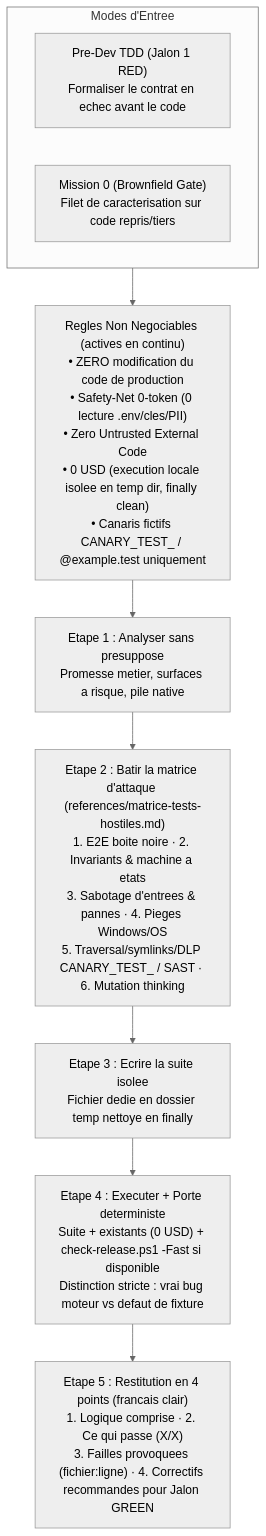
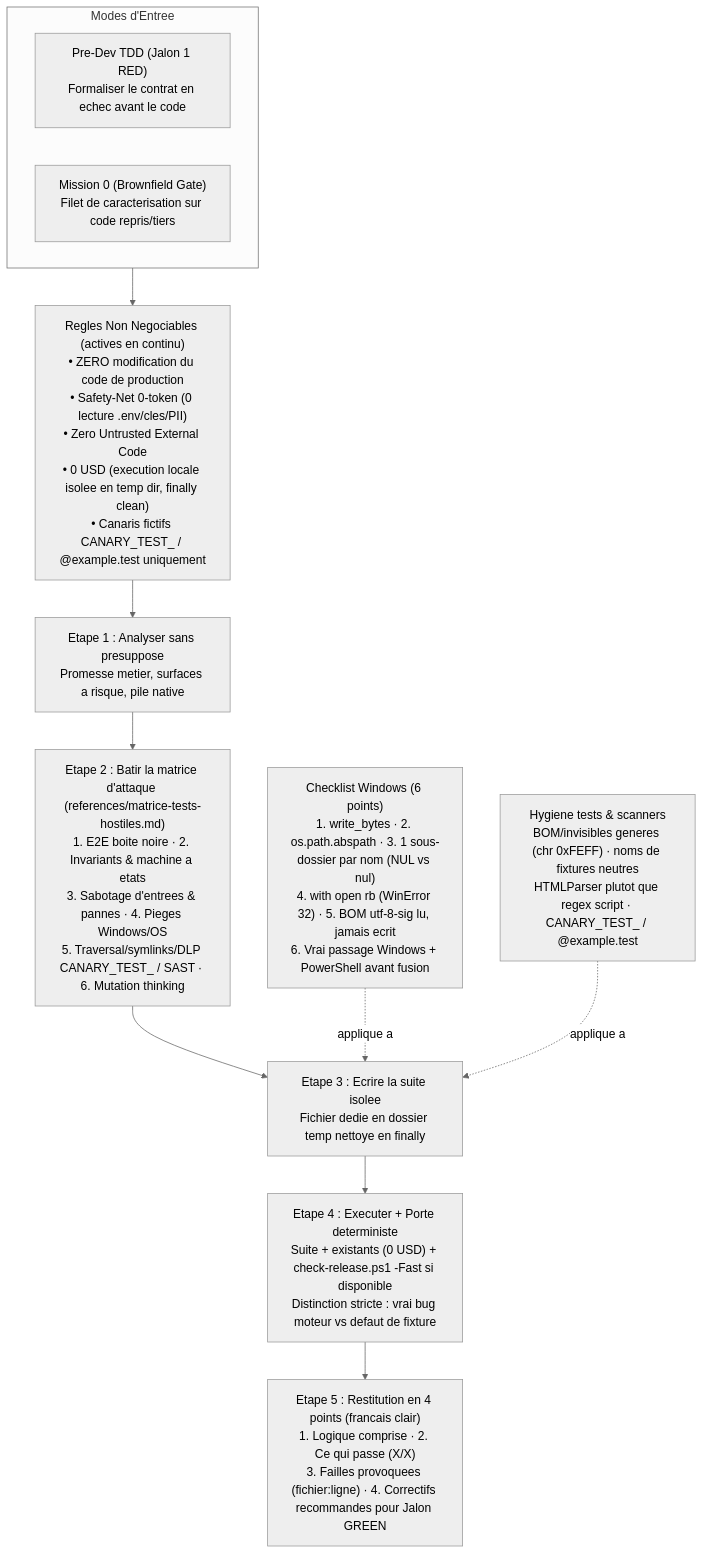
Before and after one commit to Melkyzedec/Toolbox: the diagram in skills/qa-hostile-tests/references/processus.md, drawn with Mermaid (neutral theme). The commit also changed 5 other files, not shown here.

Commit message:
docs(skills): checklist Windows 6 points, hygiene scanners, Squash noreply et seuil mutation 80% (#12)

````diff
--- a/skills/qa-hostile-tests/references/processus.md
+++ b/skills/qa-hostile-tests/references/processus.md
@@ -9,17 +9,21 @@
 ```mermaid
 flowchart TB
     subgraph Entry["Modes d'Entree"]
         M_TDD["Pre-Dev TDD (Jalon 1 RED)\nFormaliser le contrat en echec avant le code"]
         M_BG["Mission 0 (Brownfield Gate)\nFilet de caracterisation sur code repris/tiers"]
     end
 
     GUARD["Regles Non Negociables (actives en continu)\n• ZERO modification du code de production\n• Safety-Net 0-token (0 lecture .env/cles/PII)\n• Zero Untrusted External Code\n• 0 USD (execution locale isolee en temp dir, finally clean)\n• Canaris fictifs CANARY_TEST_ / @example.test uniquement"]
 
     S1["Etape 1 : Analyser sans presuppose\nPromesse metier, surfaces a risque, pile native"]
     S2["Etape 2 : Batir la matrice d'attaque (references/matrice-tests-hostiles.md)\n1. E2E boite noire · 2. Invariants & machine a etats\n3. Sabotage d'entrees & pannes · 4. Pieges Windows/OS\n5. Traversal/symlinks/DLP CANARY_TEST_ / SAST · 6. Mutation thinking"]
     S3["Etape 3 : Ecrire la suite isolee\nFichier dedie en dossier temp nettoye en finally"]
+    WIN["Checklist Windows (6 points)\n1. write_bytes · 2. os.path.abspath · 3. 1 sous-dossier par nom (NUL vs nul)\n4. with open rb (WinError 32) · 5. BOM utf-8-sig lu, jamais ecrit\n6. Vrai passage Windows + PowerShell avant fusion"]
+    HYG["Hygiene tests & scanners\nBOM/invisibles generes (chr 0xFEFF) · noms de fixtures neutres\nHTMLParser plutot que regex script · CANARY_TEST_ / @example.test"]
     S4["Etape 4 : Executer + Porte deterministe\nSuite + existants (0 USD) + check-release.ps1 -Fast si disponible\nDistinction stricte : vrai bug moteur vs defaut de fixture"]
     S5["Etape 5 : Restitution en 4 points (francais clair)\n1. Logique comprise · 2. Ce qui passe (X/X)\n3. Failles provoquees (fichier:ligne) · 4. Correctifs recommandes pour Jalon GREEN"]
 
     Entry --> GUARD --> S1 --> S2 --> S3 --> S4 --> S5
+    WIN -.->|"applique a"| S3
+    HYG -.->|"applique a"| S3
 ```
````
